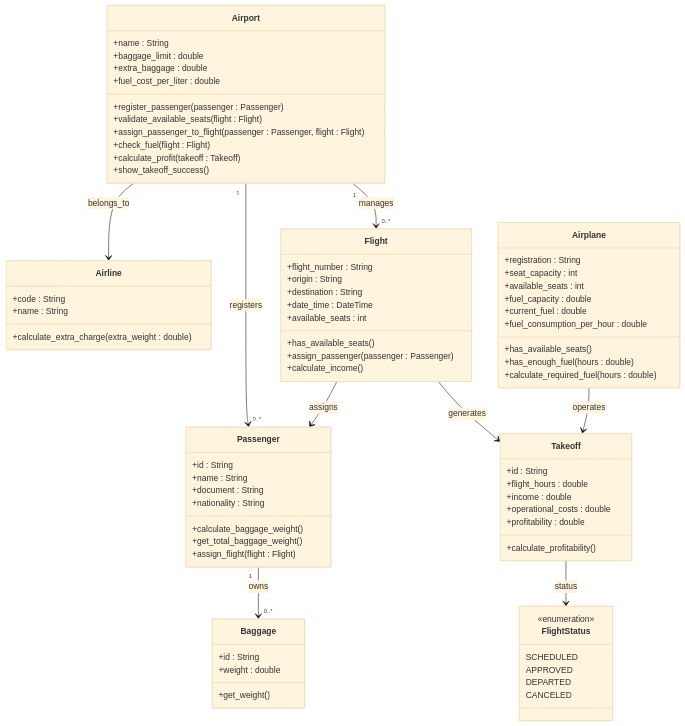
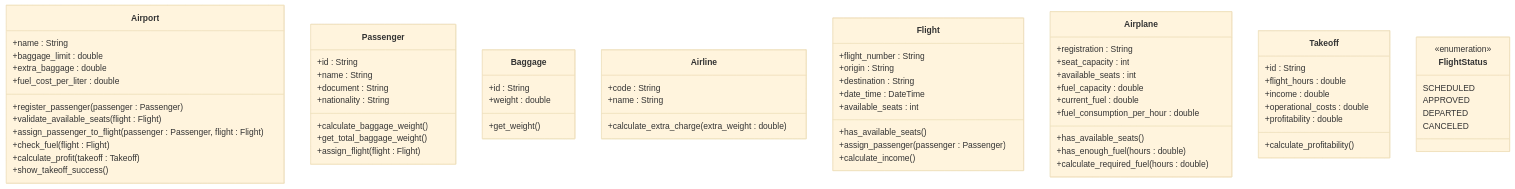
One commit to CristianDuarted/Proyecto-Aeropuerto-POO changed the diagram in README.md. Above: the diagram before and after it, drawn with Mermaid (base theme). The commit also changed other lines of this file, not shown here.

````diff
--- a/README.md
+++ b/README.md
@@ -104,12 +104,5 @@
         CANCELED
     }
 
-    Airport "1" --> "0..*" Passenger : registers
-    Passenger "1" --> "0..*" Baggage : owns
-    Airport "1" --> "0..*" Flight : manages
-    Airport --> Airline : belongs_to
-    Flight --> Takeoff : generates
-    Airplane --> Takeoff : operates
-    Takeoff --> FlightStatus : status
-    Flight --> Passenger : assigns
+
 ```
````
